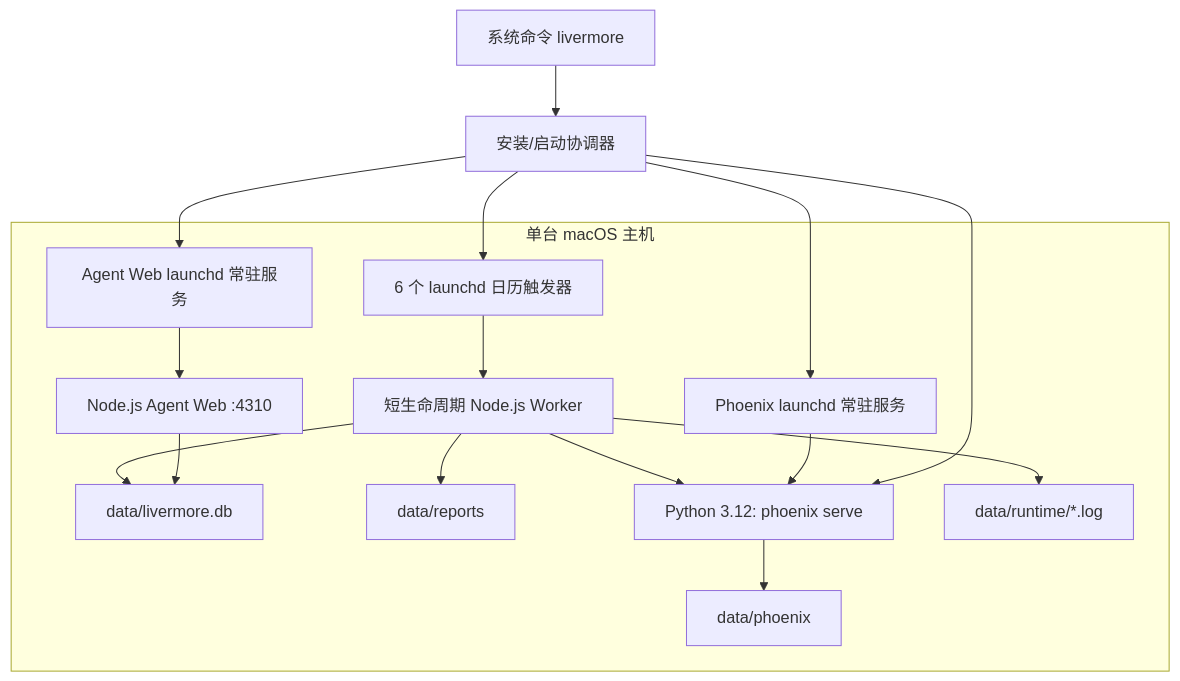
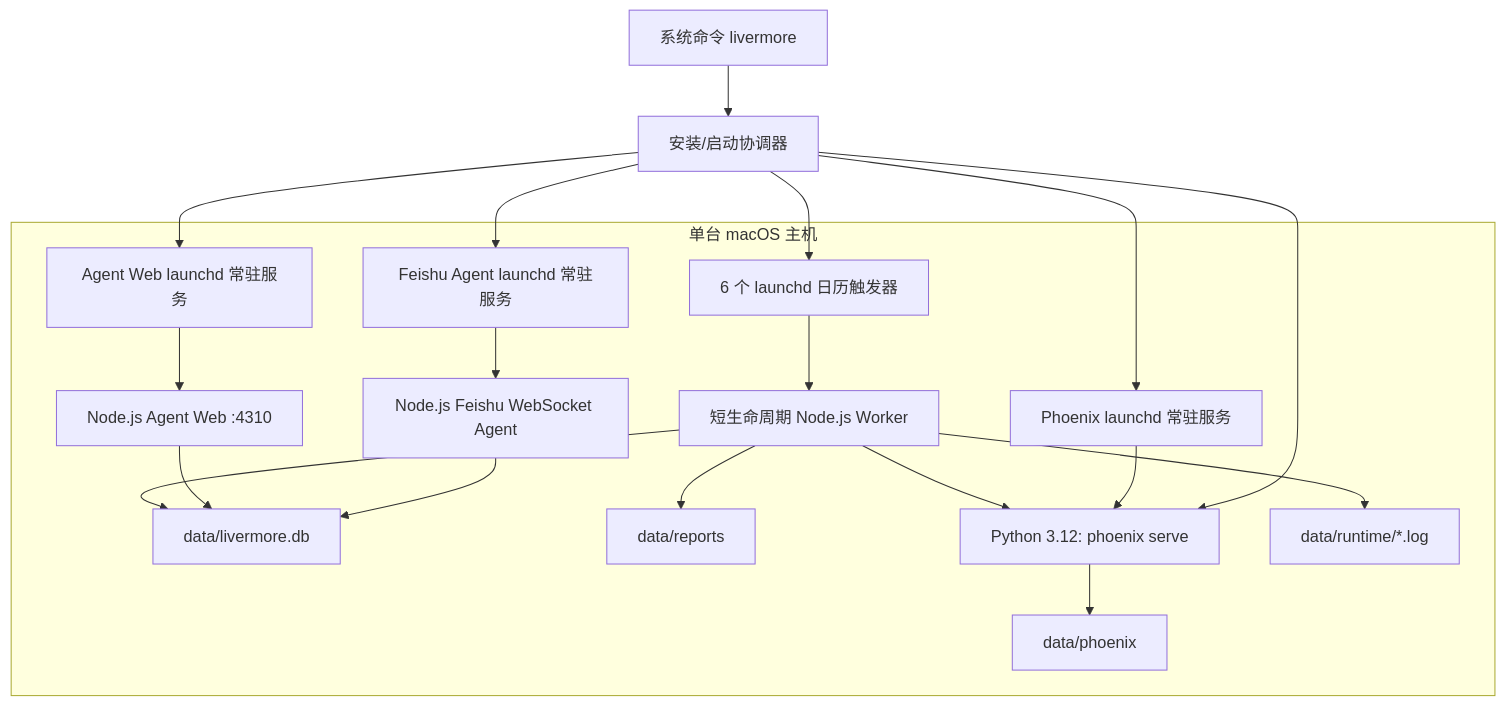
One commit to fishisnow/livermore changed the fifth of 5 diagrams in docs/ARCHITECTURE.md. Above: the diagram before and after it, drawn with Mermaid. The commit also changed other lines of this file and 161 other files, not shown here.

````diff
--- a/docs/ARCHITECTURE.md
+++ b/docs/ARCHITECTURE.md
@@ -190,29 +213,34 @@
 ```mermaid
 flowchart TB
     Terminal["系统命令 livermore"] --> Bootstrap["安装/启动协调器"]
     subgraph Mac["单台 macOS 主机"]
       Launchd["6 个 launchd 日历触发器"]
       PhoenixLaunchd["Phoenix launchd 常驻服务"]
       WebLaunchd["Agent Web launchd 常驻服务"]
+      FeishuLaunchd["Feishu Agent launchd 常驻服务"]
       WebProcess["Node.js Agent Web :4310"]
+      FeishuProcess["Node.js Feishu WebSocket Agent"]
       Node["短生命周期 Node.js Worker"]
       AppDB["data/livermore.db"]
       Files["data/reports"]
       PhoenixProcess["Python 3.12: phoenix serve"]
       TraceDB["data/phoenix"]
       Logs["data/runtime/*.log"]
       Launchd --> Node
       Node --> AppDB
       Node --> Files
       Node --> PhoenixProcess
       PhoenixProcess --> TraceDB
       Node --> Logs
       PhoenixLaunchd --> PhoenixProcess
       WebLaunchd --> WebProcess
       WebProcess --> AppDB
+      FeishuLaunchd --> FeishuProcess
+      FeishuProcess --> AppDB
     end
     Bootstrap --> Launchd
     Bootstrap --> PhoenixLaunchd
     Bootstrap --> WebLaunchd
+    Bootstrap --> FeishuLaunchd
     Bootstrap --> PhoenixProcess
 ```
````
